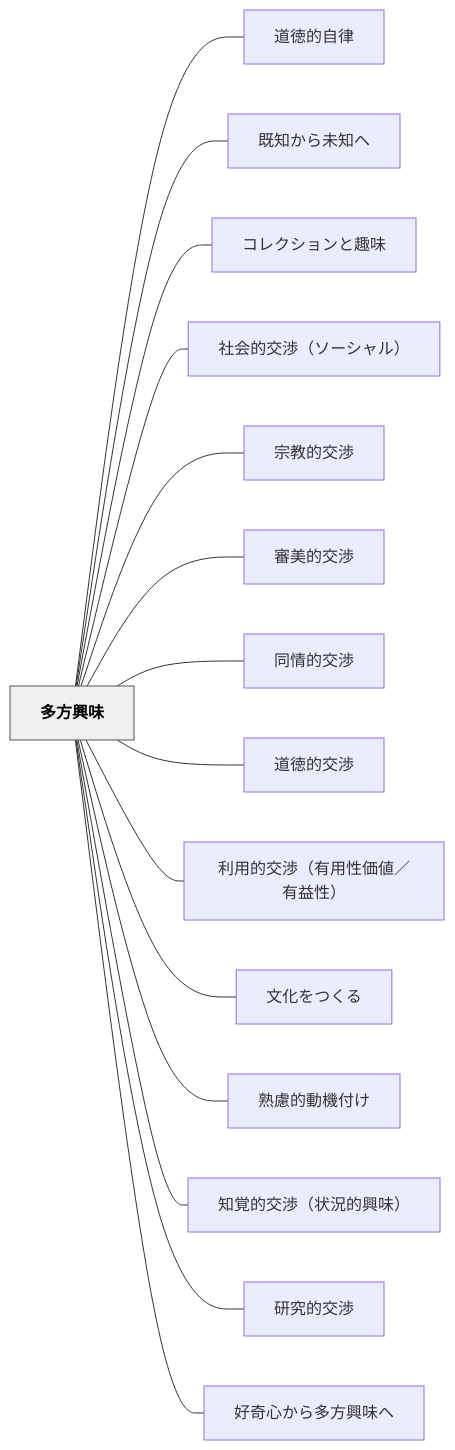
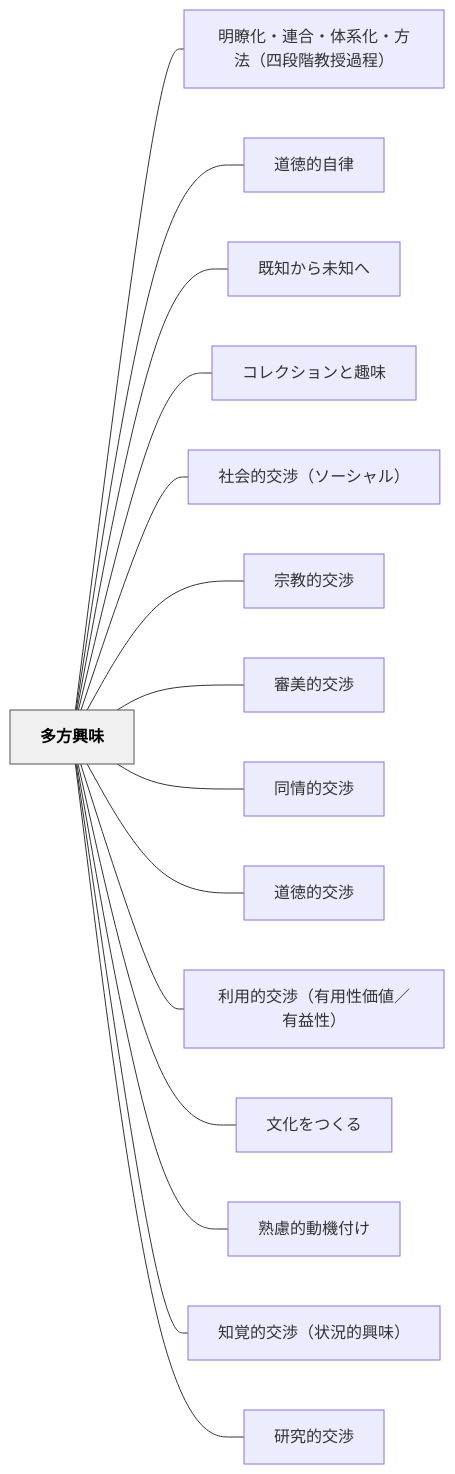
Before and after one commit to unknownthings-ed-patterns/unknownthings-ed-patterns: the diagram in content/パタン/多方興味.md, drawn with Mermaid. The commit also changed other lines of this file and 15 other files, not shown here.

````diff
--- a/content/パタン/多方興味.md
+++ b/content/パタン/多方興味.md
@@ -160,36 +183,36 @@
 ```mermaid
 flowchart LR
     ne5a49ae696b9e88888e591b3["多方興味"]
+    ne6988ee79eade58c96e383bbe980a3e59088e383bbe4bd93e7b3bbe58c96e383bbe696b9e6b395efbc88e59b9be6aeb5e99a8ee69599e68e88e9818ee7a88befbc89["明瞭化・連合・体系化・方法（四段階教授過程）"]
     ne98193e5beb3e79a84e887aae5be8b["道徳的自律"]
     ne697a2e79fa5e3818be38289e69caae79fa5e381b8["既知から未知へ"]
     ne382b3e383ace382afe382b7e383a7e383b3e381a8e8b6a3e591b3["コレクションと趣味"]
     ne7a4bee4bc9ae79a84e4baa4e6b889efbc88e382bde383bce382b7e383a3e383abefbc89["社会的交渉（ソーシャル）"]
     ne5ae97e69599e79a84e4baa4e6b889["宗教的交渉"]
     ne5afa9e7be8ee79a84e4baa4e6b889["審美的交渉"]
     ne5908ce68385e79a84e4baa4e6b889["同情的交渉"]
     ne98193e5beb3e79a84e4baa4e6b889["道徳的交渉"]
     ne588a9e794a8e79a84e4baa4e6b889efbc88e69c89e794a8e680a7e4bea1e580a4efbc8fe69c89e79b8ae680a7efbc89["利用的交渉（有用性価値／有益性）"]
     ne69687e58c96e38292e381a4e3818fe3828b["文化をつくる"]
     ne7869fe685aee79a84e58b95e6a99fe4bb98e38191["熟慮的動機付け"]
     ne79fa5e8a69ae79a84e4baa4e6b889efbc88e78ab6e6b381e79a84e88888e591b3efbc89["知覚的交渉（状況的興味）"]
     ne7a094e7a9b6e79a84e4baa4e6b889["研究的交渉"]
-    ne5a5bde5a587e5bf83e3818be38289e5a49ae696b9e88888e591b3e381b8["好奇心から多方興味へ"]
 
+    ne5a49ae696b9e88888e591b3 --- ne6988ee79eade58c96e383bbe980a3e59088e383bbe4bd93e7b3bbe58c96e383bbe696b9e6b395efbc88e59b9be6aeb5e99a8ee69599e68e88e9818ee7a88befbc89
     ne5a49ae696b9e88888e591b3 --- ne98193e5beb3e79a84e887aae5be8b
     ne5a49ae696b9e88888e591b3 --- ne697a2e79fa5e3818be38289e69caae79fa5e381b8
     ne5a49ae696b9e88888e591b3 --- ne382b3e383ace382afe382b7e383a7e383b3e381a8e8b6a3e591b3
     ne5a49ae696b9e88888e591b3 --- ne7a4bee4bc9ae79a84e4baa4e6b889efbc88e382bde383bce382b7e383a3e383abefbc89
     ne5a49ae696b9e88888e591b3 --- ne5ae97e69599e79a84e4baa4e6b889
     ne5a49ae696b9e88888e591b3 --- ne5afa9e7be8ee79a84e4baa4e6b889
     ne5a49ae696b9e88888e591b3 --- ne5908ce68385e79a84e4baa4e6b889
     ne5a49ae696b9e88888e591b3 --- ne98193e5beb3e79a84e4baa4e6b889
     ne5a49ae696b9e88888e591b3 --- ne588a9e794a8e79a84e4baa4e6b889efbc88e69c89e794a8e680a7e4bea1e580a4efbc8fe69c89e79b8ae680a7efbc89
     ne5a49ae696b9e88888e591b3 --- ne69687e58c96e38292e381a4e3818fe3828b
     ne5a49ae696b9e88888e591b3 --- ne7869fe685aee79a84e58b95e6a99fe4bb98e38191
     ne5a49ae696b9e88888e591b3 --- ne79fa5e8a69ae79a84e4baa4e6b889efbc88e78ab6e6b381e79a84e88888e591b3efbc89
     ne5a49ae696b9e88888e591b3 --- ne7a094e7a9b6e79a84e4baa4e6b889
-    ne5a49ae696b9e88888e591b3 --- ne5a5bde5a587e5bf83e3818be38289e5a49ae696b9e88888e591b3e381b8
 
     classDef hub fill:#f0f0f0,stroke:#555,color:#000,font-weight:bold
     class ne5a49ae696b9e88888e591b3 hub
 ```
````
